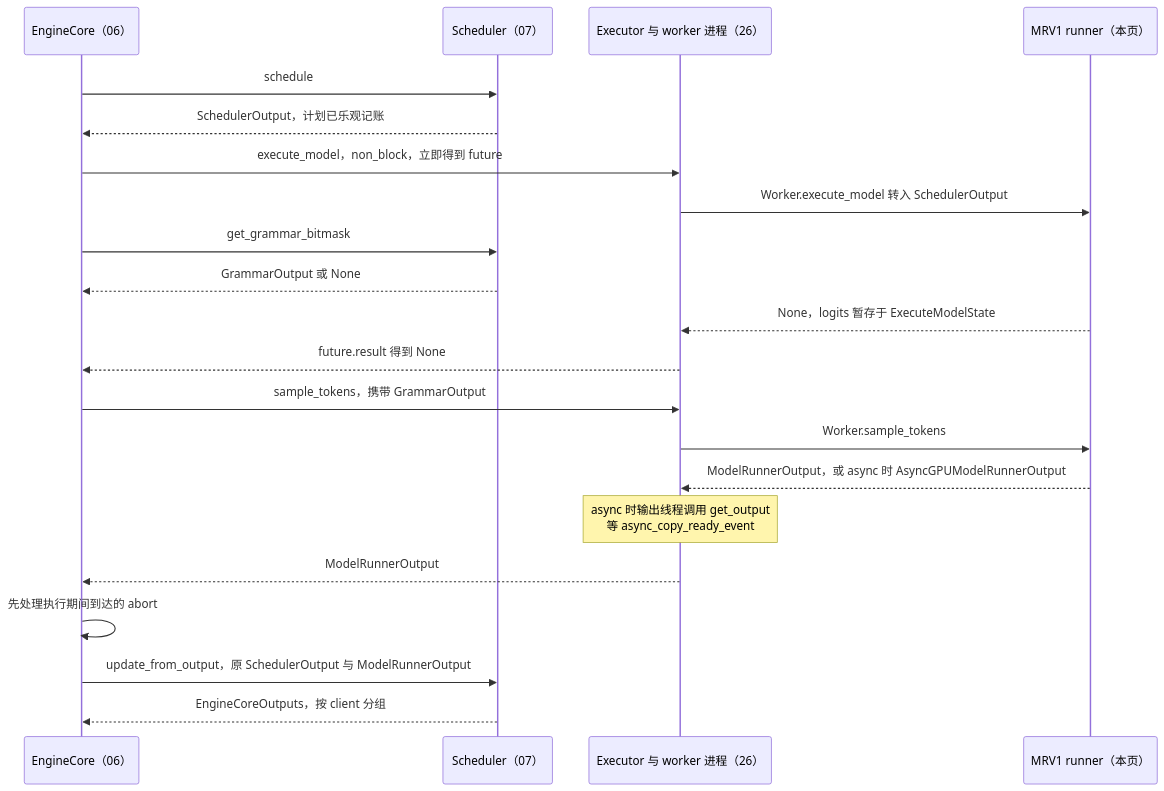
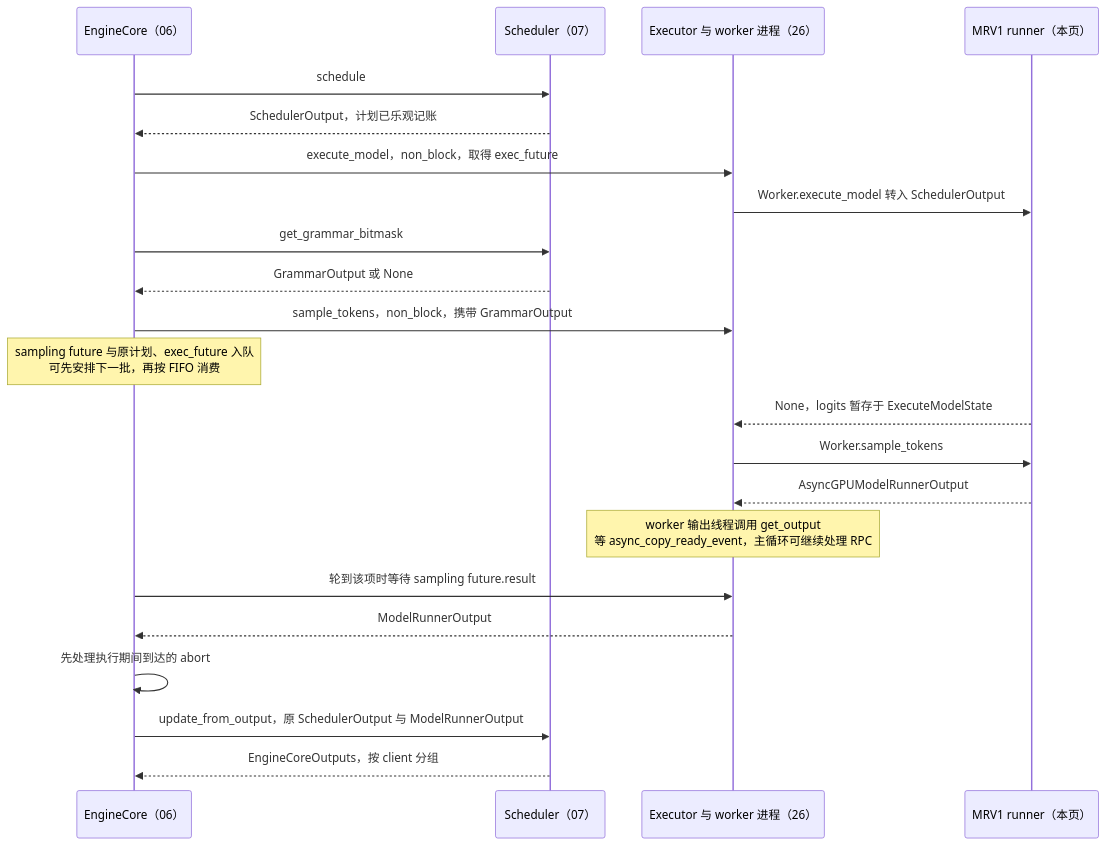
One commit to suhaibo666/llm-knowledge changed the first of 4 diagrams in wiki/02_engineering/03_infer_frameworks/vllm/11_vllm_model_runner_v1_analysis.md. Above: the diagram before and after it, drawn with Mermaid. The commit also changed other lines of this file and 59 other files, not shown here.

````diff
--- a/wiki/02_engineering/03_infer_frameworks/vllm/11_vllm_model_runner_v1_analysis.md
+++ b/wiki/02_engineering/03_infer_frameworks/vllm/11_vllm_model_runner_v1_analysis.md
@@ -49,23 +51,24 @@
 ```mermaid
 sequenceDiagram
     participant C as EngineCore（06）
     participant S as Scheduler（07）
     participant E as Executor 与 worker 进程（26）
     participant R as MRV1 runner（本页）
     C->>S: schedule
     S-->>C: SchedulerOutput，计划已乐观记账
-    C->>E: execute_model，non_block，立即得到 future
+    C->>E: execute_model，non_block，取得 exec_future
     E->>R: Worker.execute_model 转入 SchedulerOutput
     C->>S: get_grammar_bitmask
     S-->>C: GrammarOutput 或 None
+    C->>E: sample_tokens，non_block，携带 GrammarOutput
+    Note over C: sampling future 与原计划、exec_future 入队<br/>可先安排下一批，再按 FIFO 消费
     R-->>E: None，logits 暂存于 ExecuteModelState
-    E-->>C: future.result 得到 None
-    C->>E: sample_tokens，携带 GrammarOutput
     E->>R: Worker.sample_tokens
-    R-->>E: ModelRunnerOutput，或 async 时 AsyncGPUModelRunnerOutput
-    Note over E: async 时输出线程调用 get_output<br/>等 async_copy_ready_event
+    R-->>E: AsyncGPUModelRunnerOutput
+    Note over E: worker 输出线程调用 get_output<br/>等 async_copy_ready_event，主循环可继续处理 RPC
+    C->>E: 轮到该项时等待 sampling future.result
     E-->>C: ModelRunnerOutput
     C->>C: 先处理执行期间到达的 abort
     C->>S: update_from_output，原 SchedulerOutput 与 ModelRunnerOutput
     S-->>C: EngineCoreOutputs，按 client 分组
 ```
````
